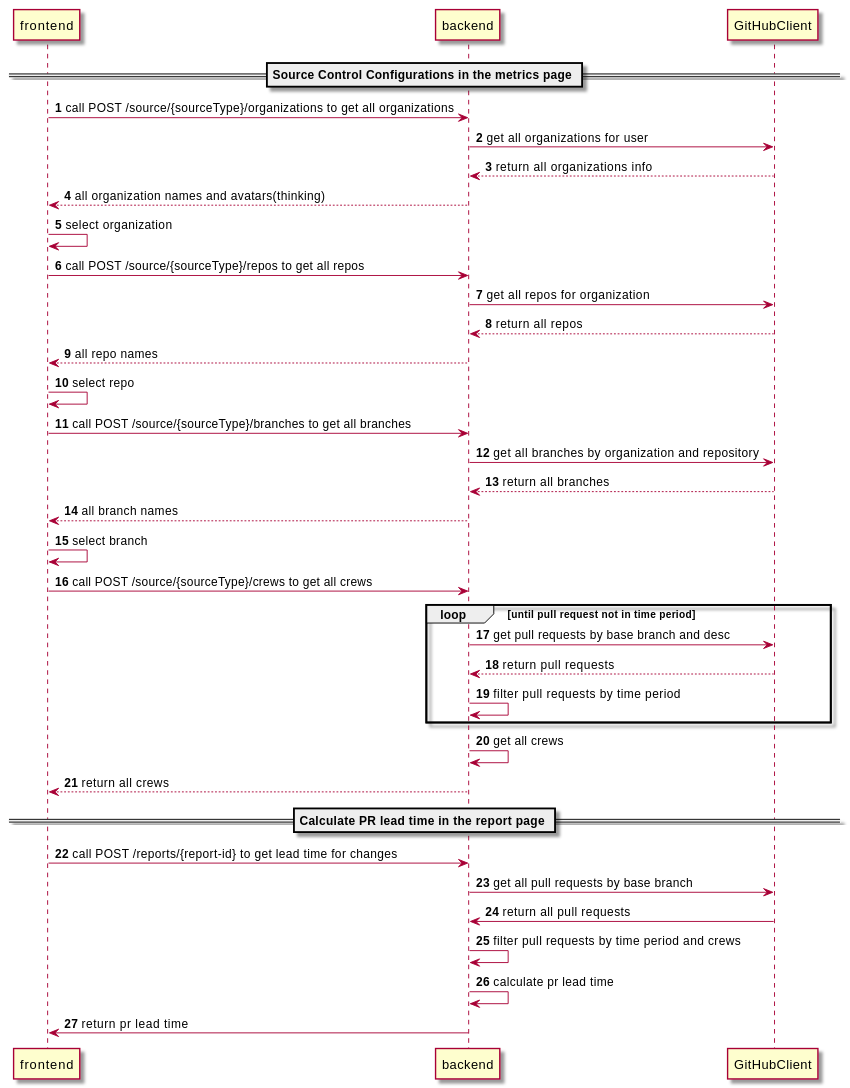
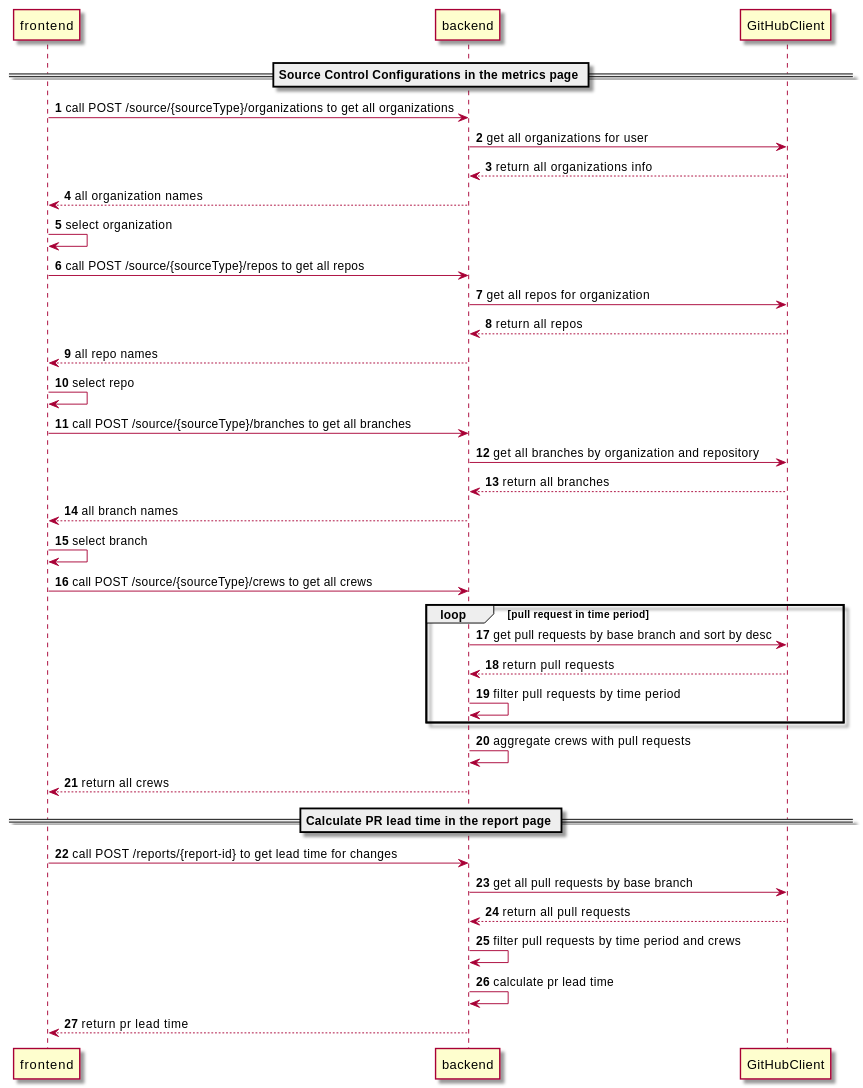
One commit to au-heartbeat/Heartbeat changed the diagram in docs/src/content/docs/en/spikes/tech-spikes-github-api-for-pull-request-info-by-token.mdx. Above: the diagram before and after it, drawn with PlantUML. The commit also changed other lines of this file, not shown here.

````diff
--- a/docs/src/content/docs/en/spikes/tech-spikes-github-api-for-pull-request-info-by-token.mdx
+++ b/docs/src/content/docs/en/spikes/tech-spikes-github-api-for-pull-request-info-by-token.mdx
@@ -20,42 +20,42 @@
 ```plantuml
 @startuml
 autonumber
 skin rose
 participant frontend as frontend
 participant backend as backend
 participant GitHubClient as GitHubClient
 
 == Source Control Configurations in the metrics page ==
 frontend -> backend: call POST /source/{sourceType}/organizations to get all organizations
 backend -> GitHubClient: get all organizations for user
 GitHubClient --> backend: return all organizations info
-backend --> frontend: all organization names and avatars(thinking)
+backend --> frontend: all organization names
 frontend -> frontend: select organization
 frontend -> backend: call POST /source/{sourceType}/repos to get all repos
 backend -> GitHubClient: get all repos for organization
 GitHubClient --> backend: return all repos
 backend --> frontend: all repo names
 frontend -> frontend: select repo
 frontend -> backend: call POST /source/{sourceType}/branches to get all branches
 backend -> GitHubClient: get all branches by organization and repository
 GitHubClient --> backend: return all branches
 backend --> frontend: all branch names
 frontend -> frontend: select branch
 frontend -> backend: call POST /source/{sourceType}/crews to get all crews
-loop until pull request not in time period
-    backend -> GitHubClient: get pull requests by base branch and desc
+loop pull request in time period
+    backend -> GitHubClient: get pull requests by base branch and sort by desc
     GitHubClient --> backend: return pull requests
     backend -> backend: filter pull requests by time period
 end
-backend -> backend: get all crews
+backend -> backend: aggregate crews with pull requests
 backend --> frontend: return all crews
 
 == Calculate PR lead time in the report page ==
 frontend -> backend: call POST /reports/{report-id} to get lead time for changes
 backend -> GitHubClient: get all pull requests by base branch
-GitHubClient -> backend: return all pull requests
+GitHubClient --> backend: return all pull requests
 backend -> backend: filter pull requests by time period and crews
 backend -> backend: calculate pr lead time
-backend -> frontend: return pr lead time
+backend --> frontend: return pr lead time
 @enduml
 ```
````
